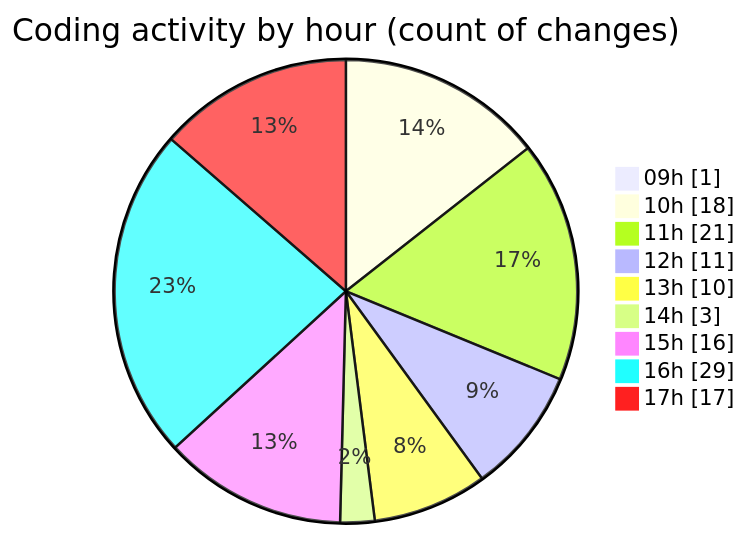
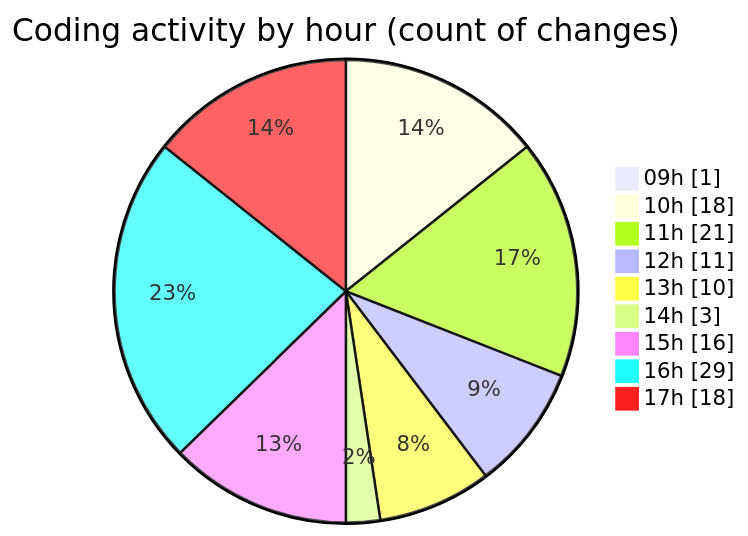
One commit to momahboobian/code-tracking changed the second of 2 diagrams in 2026-08-11/cda/README.md. Above: the diagram before and after it, drawn with Mermaid. The commit also changed other lines of this file and 1 other file, not shown here.

````diff
--- a/2026-08-11/cda/README.md
+++ b/2026-08-11/cda/README.md
@@ -80,13 +80,13 @@
 ```mermaid
 pie showData
 title Coding activity by hour (count of changes)
 "09h" : 1
 "10h" : 18
 "11h" : 21
 "12h" : 11
 "13h" : 10
 "14h" : 3
 "15h" : 16
 "16h" : 29
-"17h" : 17
+"17h" : 18
 ```
````
